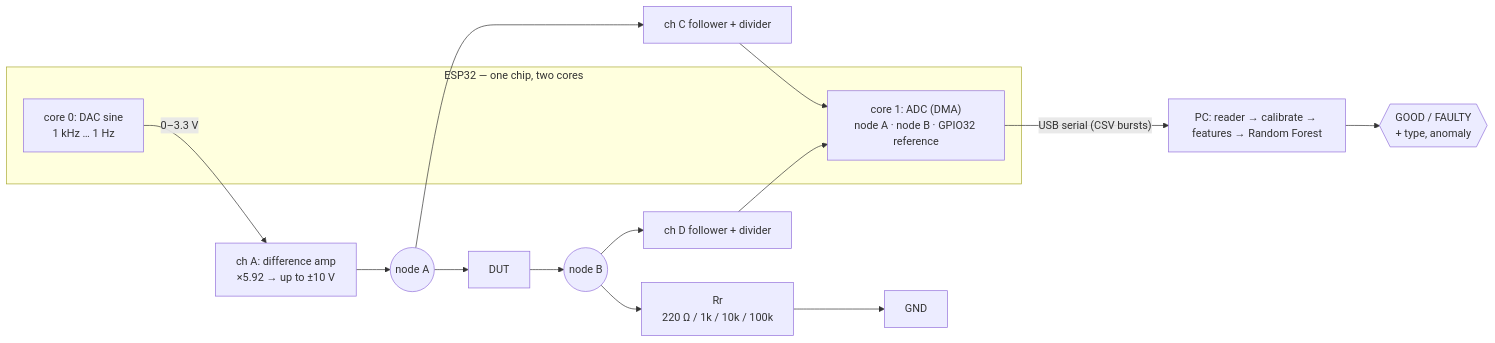
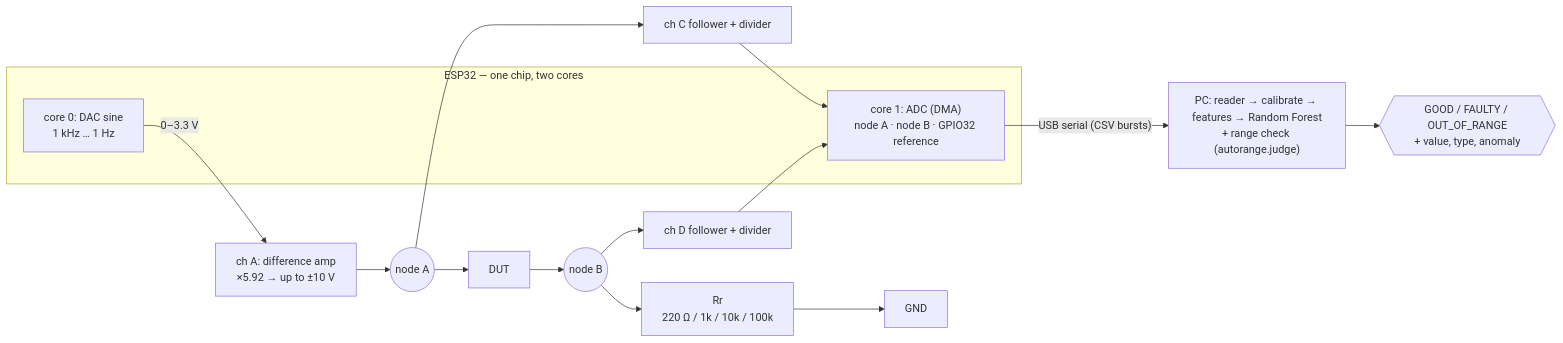
Before and after one commit to Kearsworth/VI_Curve_Tracer_Project: the diagram in README.md, drawn with Mermaid. The commit also changed other lines of this file and 19 other files, not shown here.

````diff
--- a/README.md
+++ b/README.md
@@ -33,13 +33,13 @@
 ```mermaid
 flowchart LR
   subgraph ESP32["ESP32 — one chip, two cores"]
     DAC["core 0: DAC sine<br/>1 kHz … 1 Hz"]
     ADC["core 1: ADC (DMA)<br/>node A · node B · GPIO32 reference"]
   end
   DAC -- "0–3.3 V" --> AMP["ch A: difference amp<br/>×5.92 → up to ±10 V"]
   AMP --> NA(("node A")) --> DUT["DUT"] --> NB(("node B")) --> RR["Rr<br/>220 Ω / 1k / 10k / 100k"] --> GND["GND"]
   NA --> FC["ch C follower + divider"] --> ADC
   NB --> FD["ch D follower + divider"] --> ADC
-  ADC -- "USB serial (CSV bursts)" --> PC["PC: reader → calibrate → features → Random Forest"]
-  PC --> OUT{{"GOOD / FAULTY<br/>+ type, anomaly"}}
+  ADC -- "USB serial (CSV bursts)" --> PC["PC: reader → calibrate → features → Random Forest<br/>+ range check (autorange.judge)"]
+  PC --> OUT{{"GOOD / FAULTY / OUT_OF_RANGE<br/>+ value, type, anomaly"}}
 ```
````
